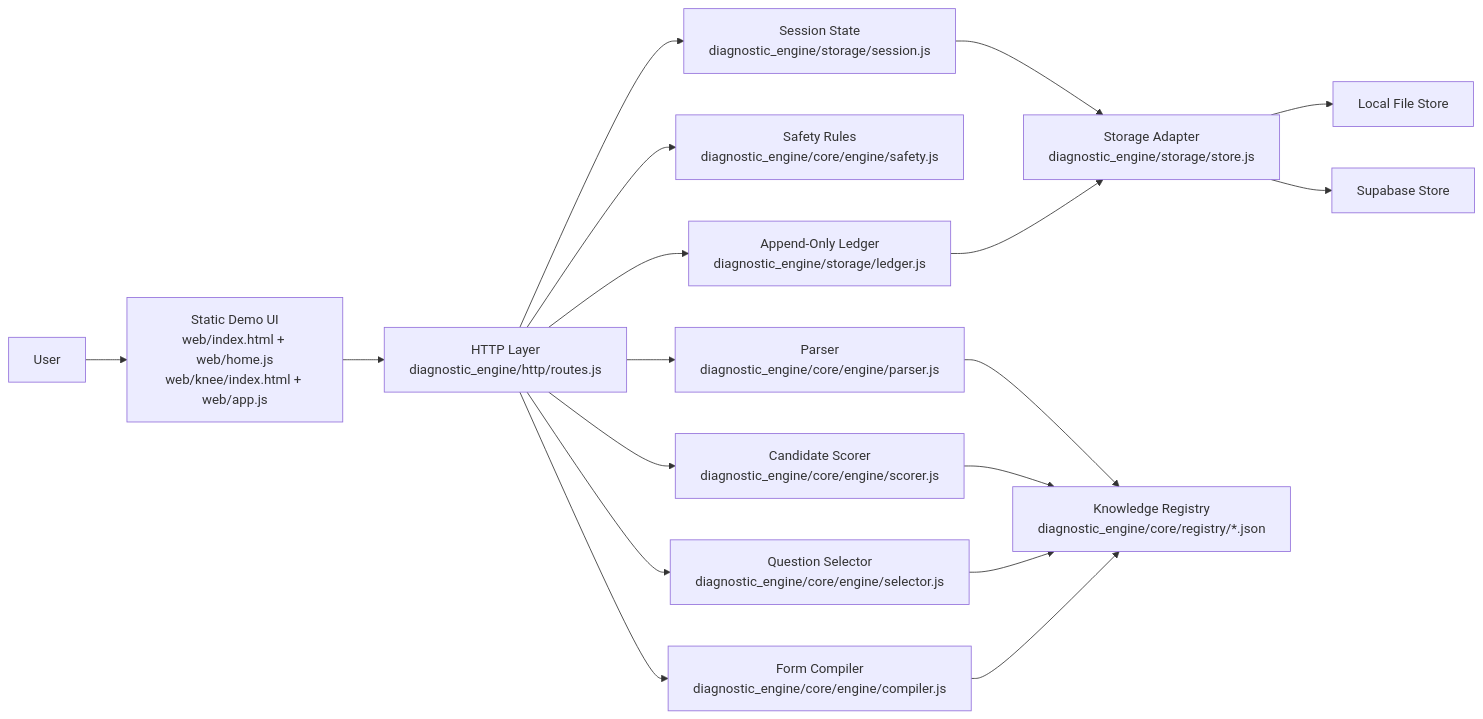
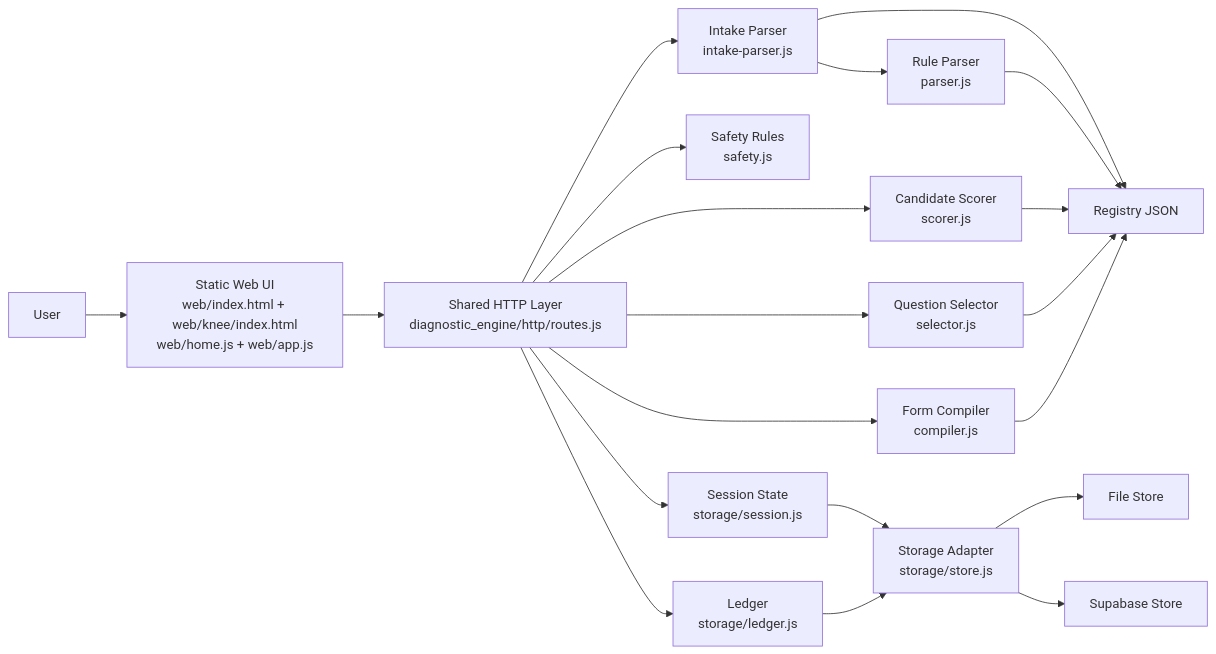
One commit to prnvh/diagnostic-engine changed the first of 3 diagrams in SYSTEM_ARCHITECTURE.md. Above: the diagram before and after it, drawn with Mermaid. The commit also changed other lines of this file and 2 other files, not shown here.

````diff
--- a/SYSTEM_ARCHITECTURE.md
+++ b/SYSTEM_ARCHITECTURE.md
@@ -39,20 +91,22 @@
 ```mermaid
 flowchart LR
-    User["User"] --> UI["Static Demo UI<br/>web/index.html + web/home.js<br/>web/knee/index.html + web/app.js"]
-    UI --> API["HTTP Layer<br/>diagnostic_engine/http/routes.js"]
-    API --> Parser["Parser<br/>diagnostic_engine/core/engine/parser.js"]
-    API --> Safety["Safety Rules<br/>diagnostic_engine/core/engine/safety.js"]
-    API --> Scorer["Candidate Scorer<br/>diagnostic_engine/core/engine/scorer.js"]
-    API --> Selector["Question Selector<br/>diagnostic_engine/core/engine/selector.js"]
-    API --> Compiler["Form Compiler<br/>diagnostic_engine/core/engine/compiler.js"]
-    API --> Session["Session State<br/>diagnostic_engine/storage/session.js"]
-    API --> Ledger["Append-Only Ledger<br/>diagnostic_engine/storage/ledger.js"]
-    Session --> Store["Storage Adapter<br/>diagnostic_engine/storage/store.js"]
+    User["User"] --> UI["Static Web UI<br/>web/index.html + web/knee/index.html<br/>web/home.js + web/app.js"]
+    UI --> Routes["Shared HTTP Layer<br/>diagnostic_engine/http/routes.js"]
+    Routes --> Intake["Intake Parser<br/>intake-parser.js"]
+    Intake --> RuleParser["Rule Parser<br/>parser.js"]
+    Routes --> Safety["Safety Rules<br/>safety.js"]
+    Routes --> Scorer["Candidate Scorer<br/>scorer.js"]
+    Routes --> Selector["Question Selector<br/>selector.js"]
+    Routes --> Compiler["Form Compiler<br/>compiler.js"]
+    Routes --> Session["Session State<br/>storage/session.js"]
+    Routes --> Ledger["Ledger<br/>storage/ledger.js"]
+    Session --> Store["Storage Adapter<br/>storage/store.js"]
     Ledger --> Store
-    Store --> FileStore["Local File Store"]
+    Store --> FileStore["File Store"]
     Store --> Supabase["Supabase Store"]
-    Parser --> Registry["Knowledge Registry<br/>diagnostic_engine/core/registry/*.json"]
+    Intake --> Registry["Registry JSON"]
+    RuleParser --> Registry
     Scorer --> Registry
     Selector --> Registry
     Compiler --> Registry
 ```
````
